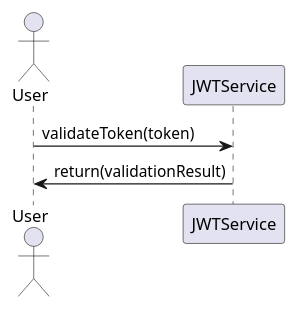
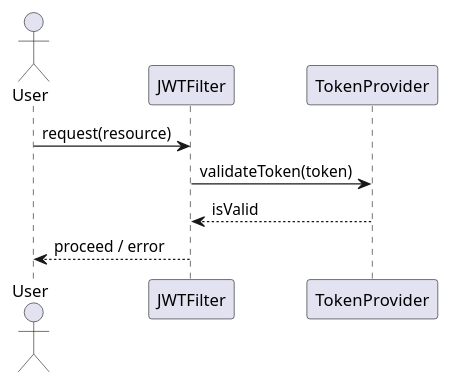
The third of 4 diagrams in enrollment/documentation/detaileddesign.adoc (Dinesh-s95/AutoDoc.ai), drawn with PlantUML before and after one commit. The commit also changed other lines of this file and 2 other files, not shown here.

```diff
--- a/enrollment/documentation/detaileddesign.adoc
+++ b/enrollment/documentation/detaileddesign.adoc
@@ -137,10 +215,13 @@
-[plantuml, sequence-jwt-validation, png]
-....
+[plantuml, jwt-validation-flow, png]
+----
 @startuml
 actor User
-participant "JWTService" as JS
+participant "JWTFilter" as Filter
+participant "TokenProvider" as TokenProvider
 
-User -> JS : validateToken(token)
-JS -> User : return(validationResult)
+User -> Filter : request(resource)
+Filter -> TokenProvider : validateToken(token)
+TokenProvider --> Filter : isValid
+Filter --> User : proceed / error
 @enduml
-....
+----
```
